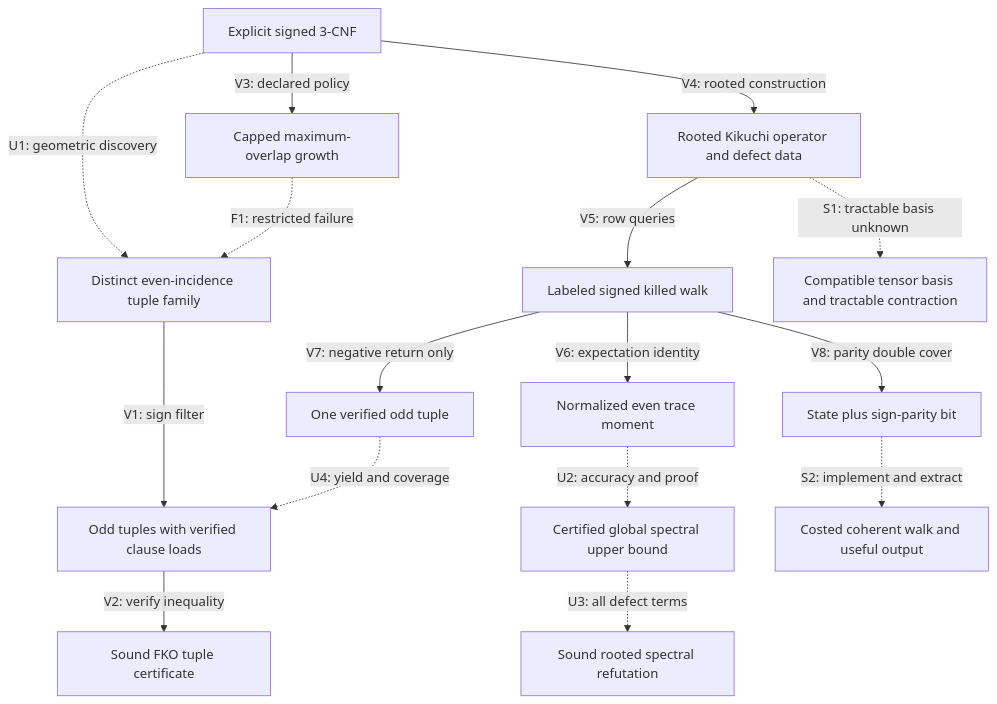
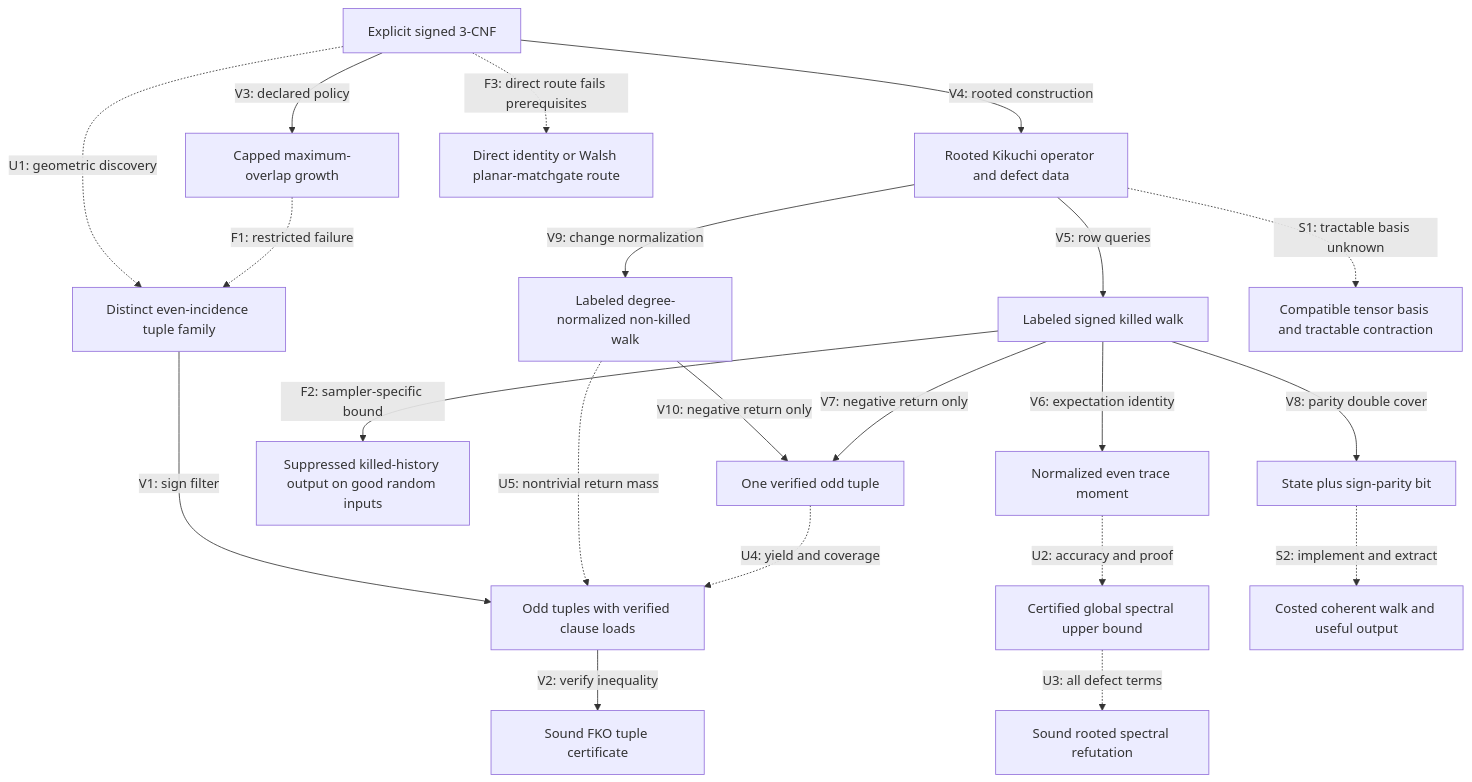
Before and after one commit to Quantyra/formal-pvnp: the diagram in research/p-equals-np/2026-09-11-research-meta-graph.md, drawn with Mermaid. The commit also changed other lines of this file and 6 other files, not shown here.

Commit message:
Analyze killed witness sampler and holographic extraction costs

````diff
--- a/research/p-equals-np/2026-09-11-research-meta-graph.md
+++ b/research/p-equals-np/2026-09-11-research-meta-graph.md
@@ -5,32 +5,40 @@
 ```mermaid
 flowchart TD
   CNF[Explicit signed 3-CNF]
   GEOM[Distinct even-incidence tuple family]
   ODD[Odd tuples with verified clause loads]
   CERT[Sound FKO tuple certificate]
   ROOTCERT[Sound rooted spectral refutation]
   ONE[One verified odd tuple]
   LOCAL[Capped maximum-overlap growth]
   ROOT[Rooted Kikuchi operator and defect data]
   WALK[Labeled signed killed walk]
+  FREE[Labeled degree-normalized non-killed walk]
+  KILL[Suppressed killed-history output on good random inputs]
+  DIRECT[Direct identity or Walsh planar-matchgate route]
   MOM[Normalized even trace moment]
   UPPER[Certified global spectral upper bound]
   DOUBLE[State plus sign-parity bit]
   TENSOR[Compatible tensor basis and tractable contraction]
   QUANT[Costed coherent walk and useful output]
   CNF -. U1: geometric discovery .-> GEOM
   GEOM -->|V1: sign filter| ODD
   ODD -->|V2: verify inequality| CERT
   CNF -->|V3: declared policy| LOCAL
   LOCAL -. F1: restricted failure .-> GEOM
   CNF -->|V4: rooted construction| ROOT
   ROOT -->|V5: row queries| WALK
+  WALK -->|F2: sampler-specific bound| KILL
+  ROOT -->|V9: change normalization| FREE
+  FREE -->|V10: negative return only| ONE
+  FREE -. U5: nontrivial return mass .-> ODD
+  CNF -. F3: direct route fails prerequisites .-> DIRECT
   WALK -->|V6: expectation identity| MOM
   WALK -->|V7: negative return only| ONE
   ONE -. U4: yield and coverage .-> ODD
   MOM -. U2: accuracy and proof .-> UPPER
   UPPER -. U3: all defect terms .-> ROOTCERT
   WALK -->|V8: parity double cover| DOUBLE
   ROOT -. S1: tractable basis unknown .-> TENSOR
   DOUBLE -. S2: implement and extract .-> QUANT
 ```
````
